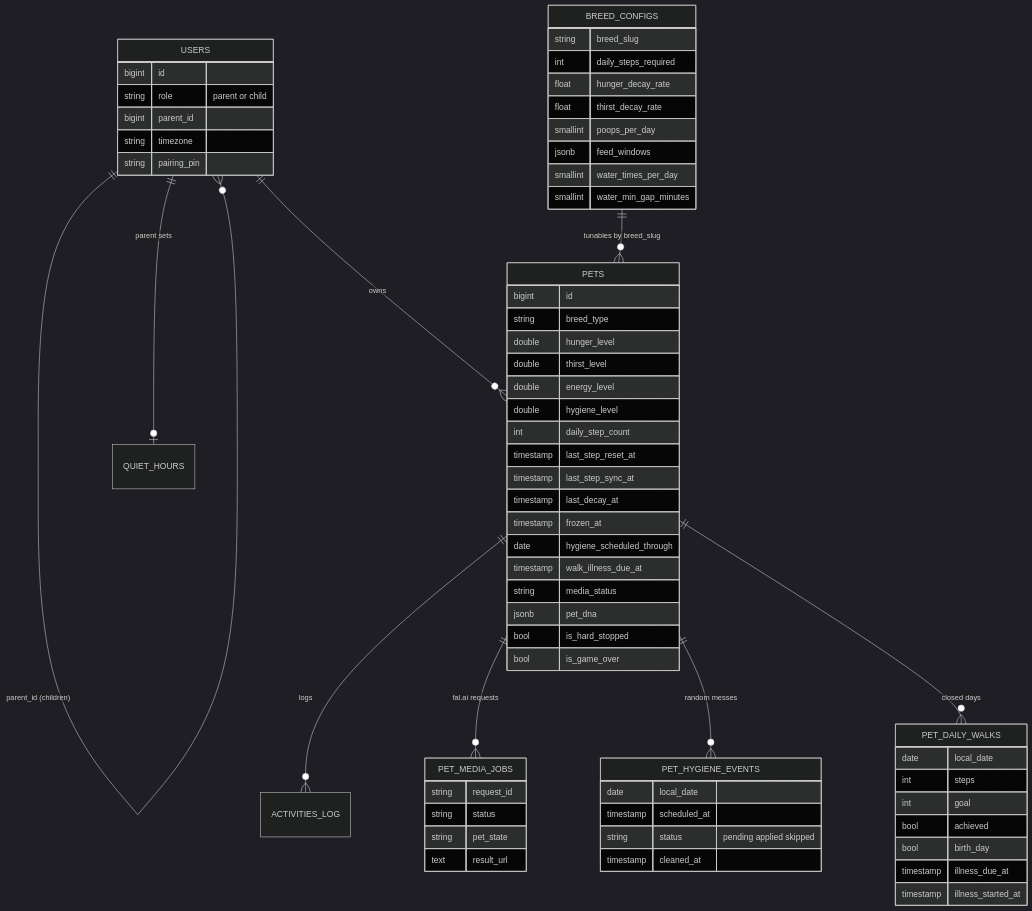
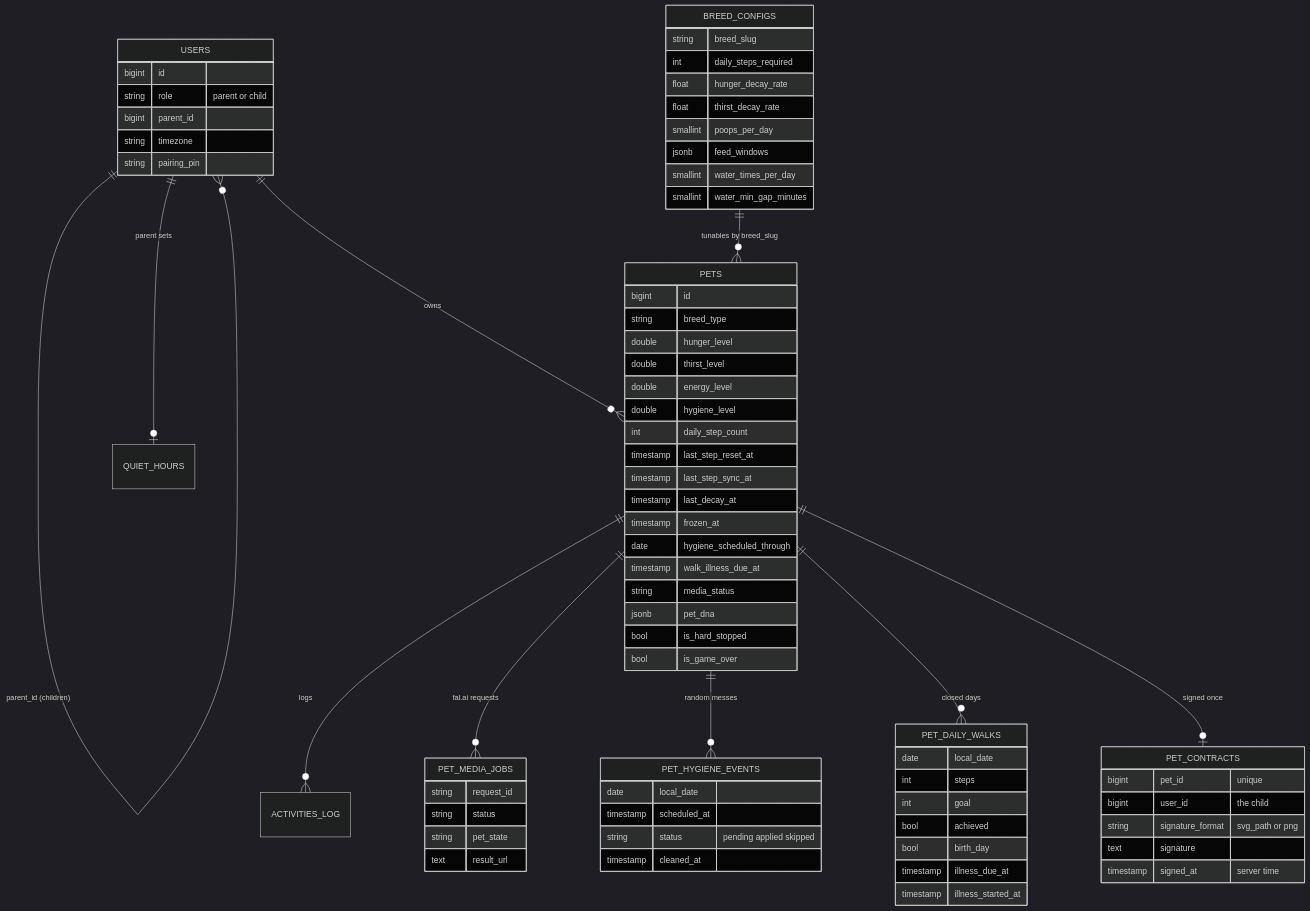
The ninth of 10 diagrams in docs/engineering/DIAGRAMS.md (DataVallis/pet-prep), drawn with Mermaid (dark theme) before and after one commit. The commit also changed other lines of this file and 9 other files, not shown here.

First line of the commit message:
docs: child action API — contract, decisions, diagrams, handoff [M1-07]

````diff
--- a/docs/engineering/DIAGRAMS.md
+++ b/docs/engineering/DIAGRAMS.md
@@ -190,68 +231,76 @@
 ```mermaid
 erDiagram
   USERS ||--o{ USERS : "parent_id (children)"
   USERS ||--o{ PETS : owns
   USERS ||--o| QUIET_HOURS : "parent sets"
   PETS ||--o{ ACTIVITIES_LOG : logs
   PETS ||--o{ PET_MEDIA_JOBS : "fal.ai requests"
   PETS ||--o{ PET_HYGIENE_EVENTS : "random messes"
   PETS ||--o{ PET_DAILY_WALKS : "closed days"
+  PETS ||--o| PET_CONTRACTS : "signed once"
   BREED_CONFIGS ||--o{ PETS : "tunables by breed_slug"
   USERS {
     bigint id
     string role "parent or child"
     bigint parent_id
     string timezone
     string pairing_pin
   }
   PETS {
     bigint id
     string breed_type
     double hunger_level
     double thirst_level
     double energy_level
     double hygiene_level
     int daily_step_count
     timestamp last_step_reset_at
     timestamp last_step_sync_at
     timestamp last_decay_at
     timestamp frozen_at
     date hygiene_scheduled_through
     timestamp walk_illness_due_at
     string media_status
     jsonb pet_dna
     bool is_hard_stopped
     bool is_game_over
   }
   BREED_CONFIGS {
     string breed_slug
     int daily_steps_required
     float hunger_decay_rate
     float thirst_decay_rate
     smallint poops_per_day
     jsonb feed_windows
     smallint water_times_per_day
     smallint water_min_gap_minutes
   }
   PET_HYGIENE_EVENTS {
     date local_date
     timestamp scheduled_at
     string status "pending applied skipped"
     timestamp cleaned_at
   }
   PET_DAILY_WALKS {
     date local_date
     int steps
     int goal
     bool achieved
     bool birth_day
     timestamp illness_due_at
     timestamp illness_started_at
   }
+  PET_CONTRACTS {
+    bigint pet_id "unique"
+    bigint user_id "the child"
+    string signature_format "svg_path or png"
+    text signature
+    timestamp signed_at "server time"
+  }
   PET_MEDIA_JOBS {
     string request_id
     string status
     string pet_state
     text result_url
   }
 ```
````
